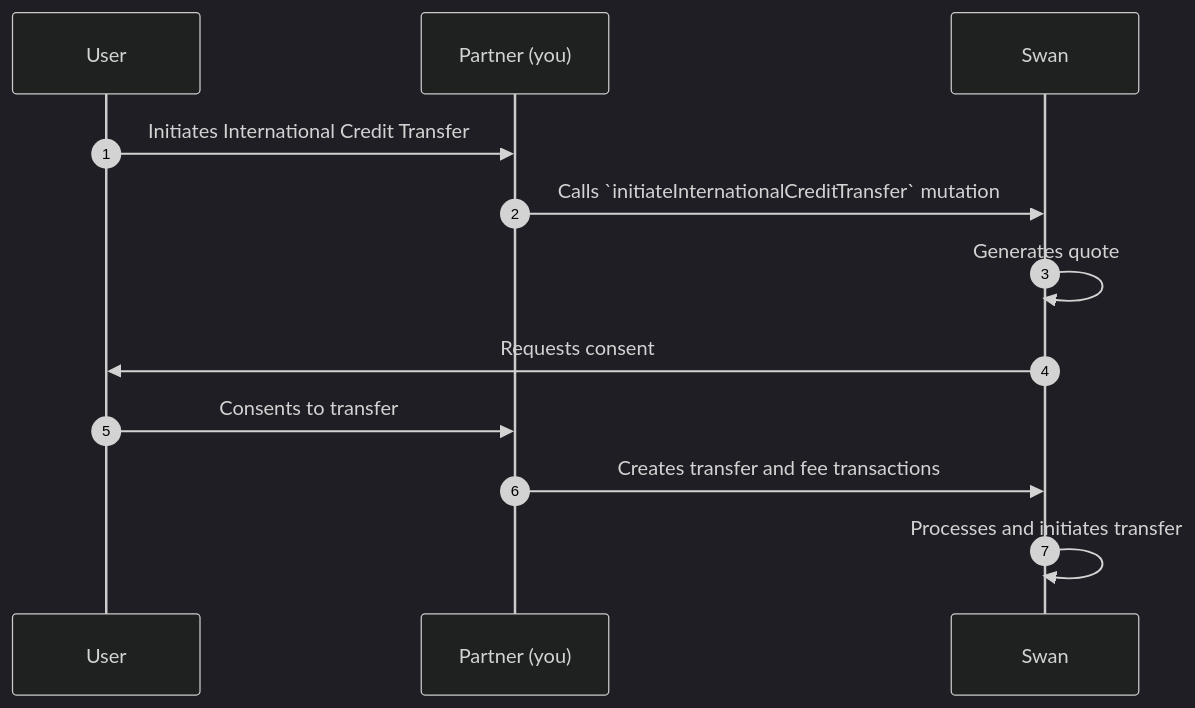
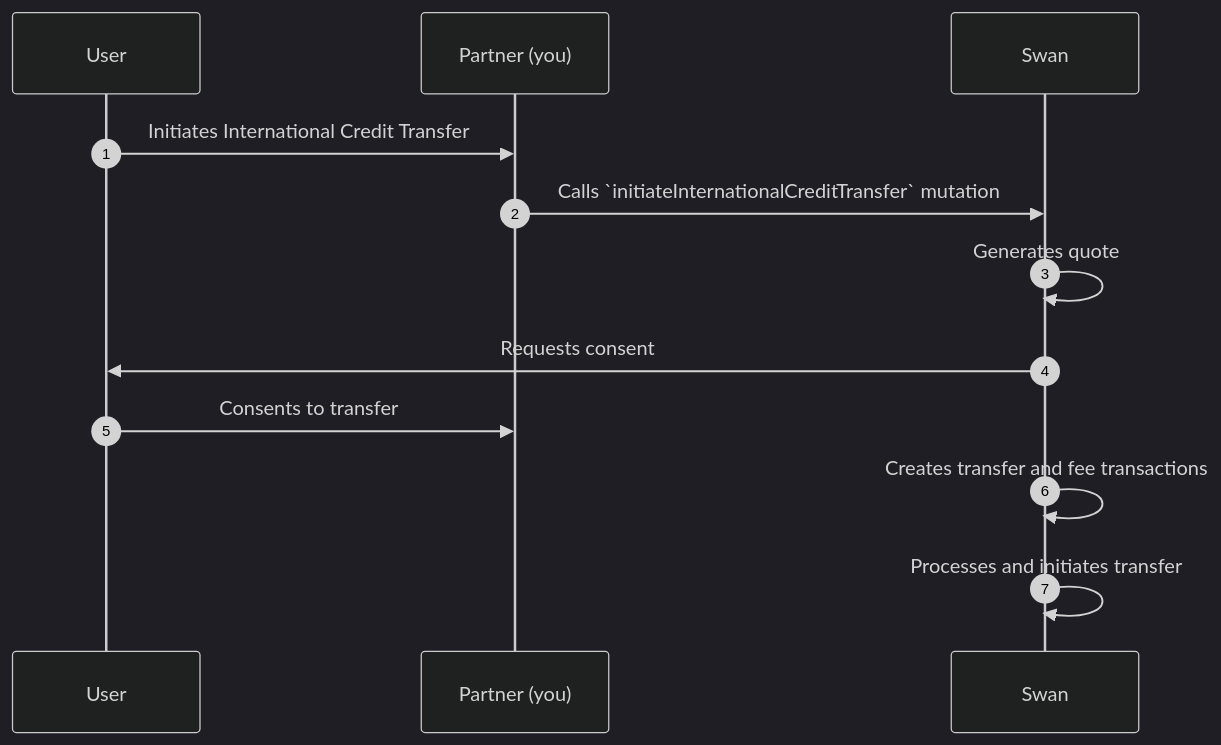
One commit to swan-io/docs changed the diagram in docs/payments/concepts/credit-transfers/international/outgoing.mdx. Above: the diagram before and after it, drawn with Mermaid (dark theme). The commit also changed other lines of this file and 2 other files, not shown here.

````diff
--- a/docs/payments/concepts/credit-transfers/international/outgoing.mdx
+++ b/docs/payments/concepts/credit-transfers/international/outgoing.mdx
@@ -75,14 +65,14 @@
 ```mermaid
 sequenceDiagram
 autonumber
 participant U as User
 participant P as Partner (you)
 participant S as Swan
     U ->> P: Initiates International Credit Transfer
     P ->> S: Calls `initiateInternationalCreditTransfer` mutation
     S ->> S: Generates quote
     S ->> U: Requests consent
     U ->> P: Consents to transfer
-    P ->> S: Creates transfer and fee transactions
+    S ->> S: Creates transfer and fee transactions
     S ->> S: Processes and initiates transfer
 ```
````
